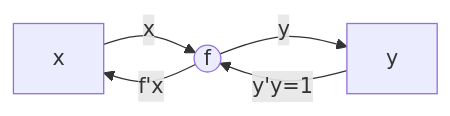
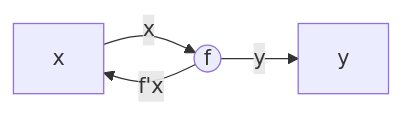
Before and after one commit to Zeng-Yan/DeepLearningNotebook: the second of 2 diagrams in 2.1 pytorch基础.md, drawn with Mermaid. The commit also changed other lines of this file and 3 other files, not shown here.

````diff
--- a/2.1 pytorch基础.md
+++ b/2.1 pytorch基础.md
@@ -201,11 +191,10 @@
 ```mermaid
 graph LR
 
 1[x] -->|x| 2((f))
 
 2 -->|y| 3[y]
 
-3 -->|y'y=1| 2
 2 -->|f'x| 1
 
 ```
````
